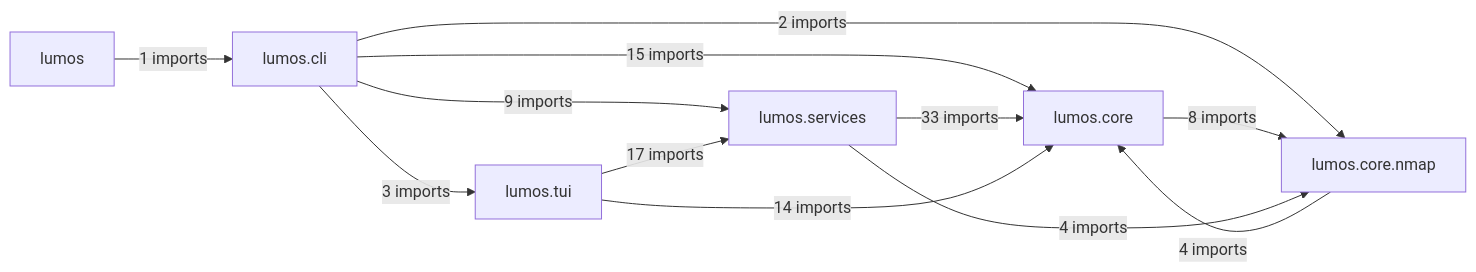
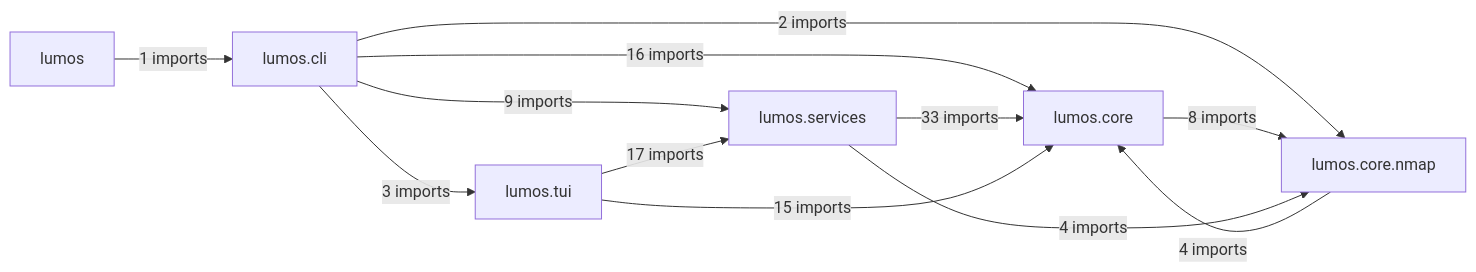
Before and after one commit to lko47/lumos: the diagram in docs/architecture/modules.md, drawn with Mermaid. The commit also changed other lines of this file and 10 other files, not shown here.

````diff
--- a/docs/architecture/modules.md
+++ b/docs/architecture/modules.md
@@ -7,20 +7,20 @@
 ```mermaid
 flowchart LR
     P0["lumos"]
     P1["lumos.cli"]
     P2["lumos.core"]
     P3["lumos.core.nmap"]
     P4["lumos.services"]
     P5["lumos.tui"]
     P0 -->|"1 imports"| P1
-    P1 -->|"15 imports"| P2
+    P1 -->|"16 imports"| P2
     P1 -->|"2 imports"| P3
     P1 -->|"9 imports"| P4
     P1 -->|"3 imports"| P5
     P2 -->|"8 imports"| P3
     P3 -->|"4 imports"| P2
     P4 -->|"33 imports"| P2
     P4 -->|"4 imports"| P3
-    P5 -->|"14 imports"| P2
+    P5 -->|"15 imports"| P2
     P5 -->|"17 imports"| P4
 ```
````
